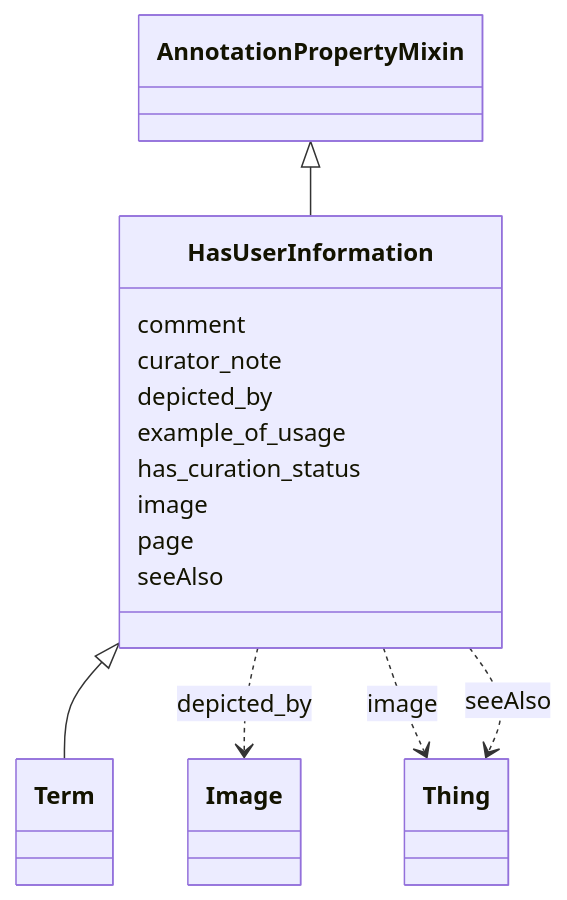
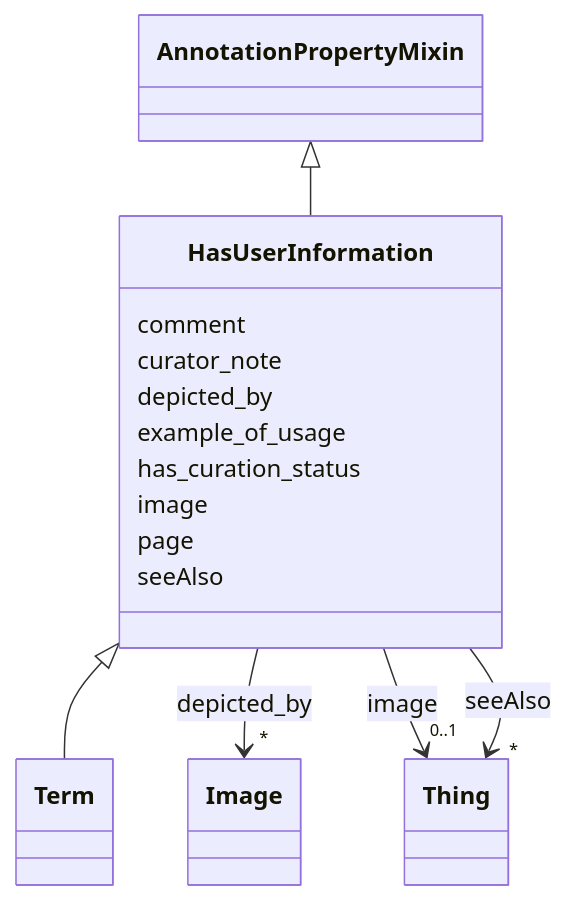
Before and after one commit to INCATools/ontology-access-kit: the diagram in docs/datamodels/ontology-metadata/HasUserInformation.md, drawn with Mermaid. The commit also changed other lines of this file and 539 other files, not shown here.

````diff
--- a/docs/datamodels/ontology-metadata/HasUserInformation.md
+++ b/docs/datamodels/ontology-metadata/HasUserInformation.md
@@ -9,33 +14,51 @@
 ```{mermaid}
  classDiagram
     class HasUserInformation
+    click HasUserInformation href "../HasUserInformation"
       AnnotationPropertyMixin <|-- HasUserInformation
+        click AnnotationPropertyMixin href "../AnnotationPropertyMixin"
       
 
       HasUserInformation <|-- Term
+        click Term href "../Term"
       
       
       HasUserInformation : comment
         
       HasUserInformation : curator_note
         
       HasUserInformation : depicted_by
         
-          HasUserInformation ..> Image : depicted_by
+          
+    
+    
+    HasUserInformation --> "*" Image : depicted_by
+    click Image href "../Image"
+
         
       HasUserInformation : example_of_usage
         
       HasUserInformation : has_curation_status
         
       HasUserInformation : image
         
-          HasUserInformation ..> Thing : image
+          
+    
+    
+    HasUserInformation --> "0..1" Thing : image
+    click Thing href "../Thing"
+
         
       HasUserInformation : page
         
       HasUserInformation : seeAlso
         
-          HasUserInformation ..> Thing : seeAlso
+          
+    
+    
+    HasUserInformation --> "*" Thing : seeAlso
+    click Thing href "../Thing"
+
         
       
 ```
````
